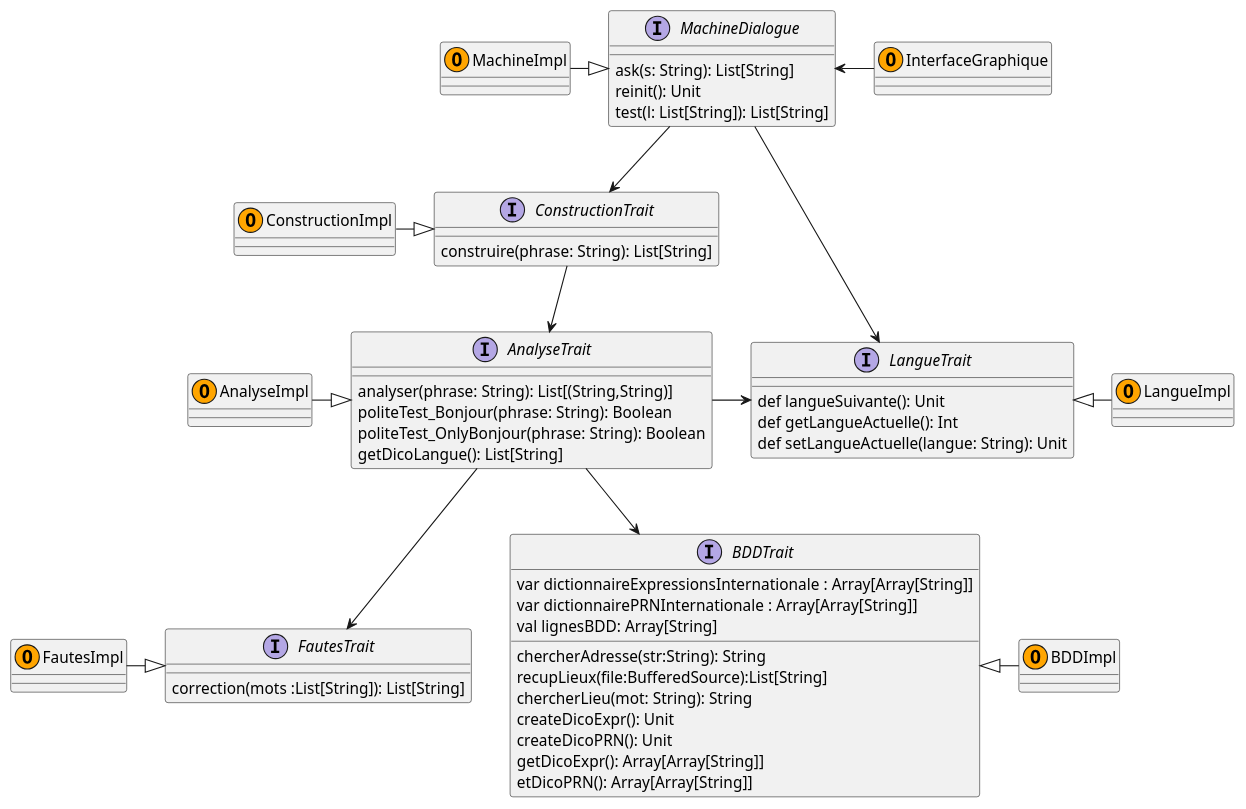
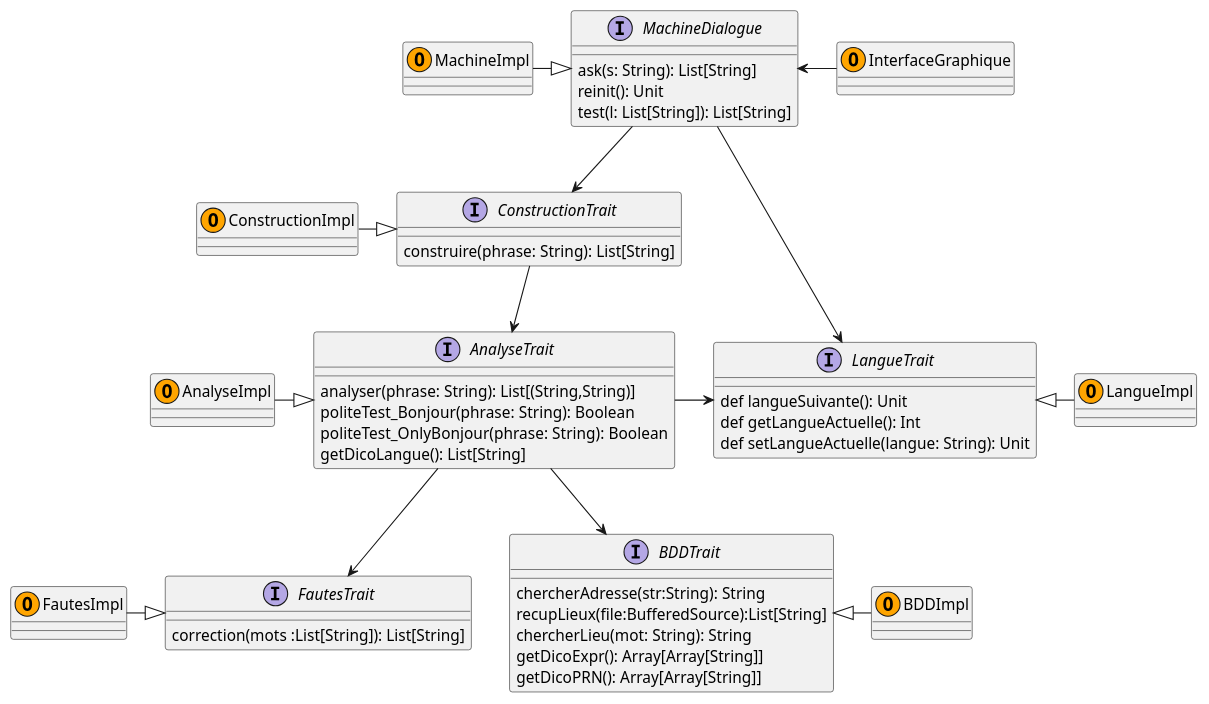
Before and after one commit to mathisglt/AvatarBacchus: the diagram in src/main/scala/diagramme/diag_imp.plantuml, drawn with PlantUML.

Commit message:
update diagramme

```diff
--- a/src/main/scala/diagramme/diag_imp.plantuml
+++ b/src/main/scala/diagramme/diag_imp.plantuml
@@ -1,72 +1,67 @@
 @startuml Avatar
 
 interface BDDTrait{
-	var dictionnaireExpressionsInternationale : Array[Array[String]]
- 	var dictionnairePRNInternationale : Array[Array[String]]
-  	val lignesBDD: Array[String]
 	chercherAdresse(str:String): String
 	recupLieux(file:BufferedSource):List[String]
 	chercherLieu(mot: String): String
-	createDicoExpr(): Unit
-	createDicoPRN(): Unit
 	getDicoExpr(): Array[Array[String]]
-	etDicoPRN(): Array[Array[String]]
+	getDicoPRN(): Array[Array[String]]
 }
 
 interface MachineDialogue {
 	ask(s: String): List[String]
 	reinit(): Unit
 	test(l: List[String]): List[String]
 }
 
 interface ConstructionTrait{
 	construire(phrase: String): List[String]
 }
 
 interface InterfaceGraphique{
 
 }
 
 interface FautesTrait{
 	correction(mots :List[String]): List[String]
 }
 
 interface AnalyseTrait{
 	analyser(phrase: String): List[(String,String)]
 	politeTest_Bonjour(phrase: String): Boolean
 	politeTest_OnlyBonjour(phrase: String): Boolean
 	getDicoLangue(): List[String]
 }
 
 interface LangueTrait{
 	def langueSuivante(): Unit
   	def getLangueActuelle(): Int
   	def setLangueActuelle(langue: String): Unit
 }
 
 
 class MachineImpl <<(O,Orange)>>
 class InterfaceGraphique <<(O,Orange)>>
 class ConstructionImpl <<(O,Orange)>>
 class AnalyseImpl <<(O,Orange)>>
 class BDDImpl <<(O,Orange)>>
 class FautesImpl <<(O,Orange)>>
 class LangueImpl <<(O,Orange)>>
 
 MachineImpl -|> MachineDialogue
 BDDTrait <|-  BDDImpl
 ConstructionImpl -|>  ConstructionTrait
 AnalyseImpl -|>  AnalyseTrait
 FautesImpl -|> FautesTrait
 LangueTrait <|-  LangueImpl
 
 MachineDialogue --> ConstructionTrait
 MachineDialogue <- InterfaceGraphique
 ConstructionTrait --> AnalyseTrait
 
 AnalyseTrait -> LangueTrait
 AnalyseTrait --> FautesTrait
 AnalyseTrait --> BDDTrait
 MachineDialogue --> LangueTrait
 
 @enduml
```
